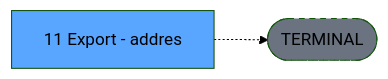
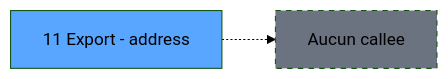
Before and after one commit to thonyAGP/lecteur-magic: the third of 3 diagrams in .openspec/specs/ADH-IDE-11.md, drawn with Mermaid (forest theme). The commit also changed other lines of this file and 96 other files, not shown here.

````diff
--- a/.openspec/specs/ADH-IDE-11.md
+++ b/.openspec/specs/ADH-IDE-11.md
@@ -136,8 +177,8 @@
 ```mermaid
 graph LR
-    T[11 Export - addres]
-    TERM([TERMINAL])
-    T -.-> TERM
-    style TERM fill:#6b7280,stroke-dasharray: 5 5
-    style T fill:#58a6ff,color:#000
+    T11[11 Export - address]
+    style T11 fill:#58a6ff
+    NONE[Aucun callee]
+    T11 -.-> NONE
+    style NONE fill:#6b7280,stroke-dasharray: 5 5
 ```
````
